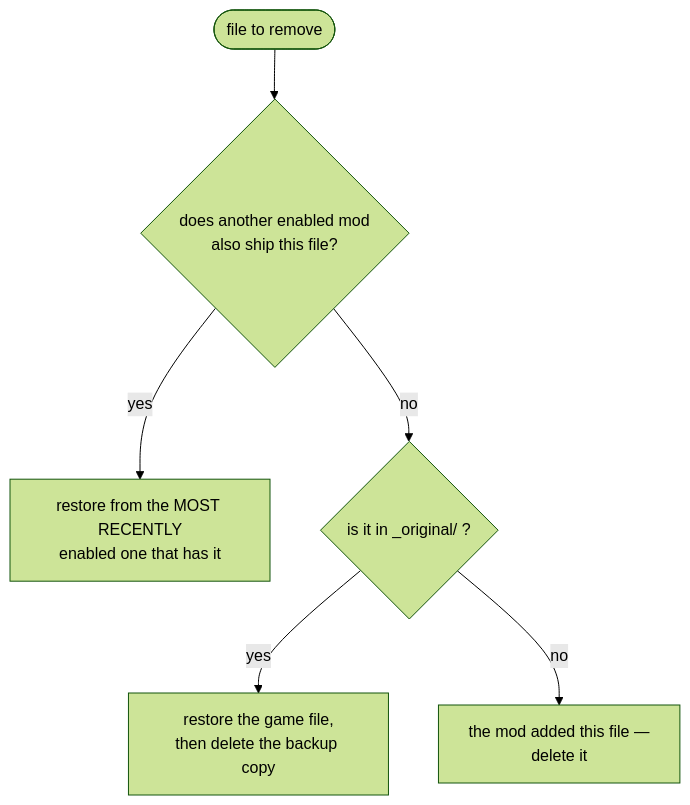
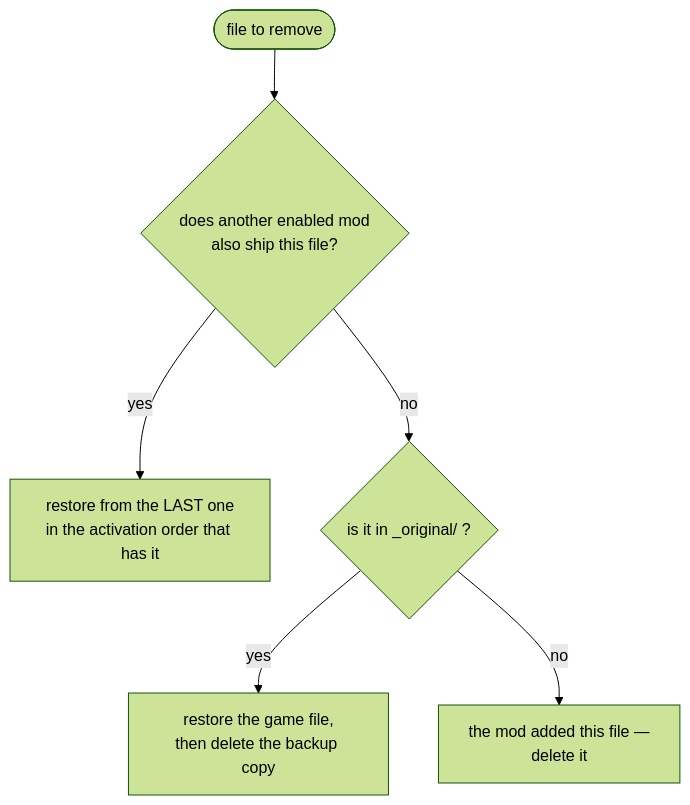
Before and after one commit to FreeProject089/BetterModsManager: the fourth of 4 diagrams in frontend/assets/docs/en/how-it-works/conflicts.md, drawn with Mermaid (forest theme). The commit also changed other lines of this file and 192 other files, not shown here.

````diff
--- a/frontend/assets/docs/en/how-it-works/conflicts.md
+++ b/frontend/assets/docs/en/how-it-works/conflicts.md
@@ -102,8 +103,8 @@
 ```mermaid
 flowchart TB
     REM(["file to remove"]) --> OTHER{"does another enabled mod<br/>also ship this file?"}
-    OTHER -- yes --> FROMMOD["restore from the MOST RECENTLY<br/>enabled one that has it"]
+    OTHER -- yes --> FROMMOD["restore from the LAST one<br/>in the activation order that has it"]
     OTHER -- no --> ORIG{"is it in _original/ ?"}
     ORIG -- yes --> FROMORIG["restore the game file,<br/>then delete the backup copy"]
     ORIG -- no --> DEL["the mod added this file —<br/>delete it"]
 ```
````
